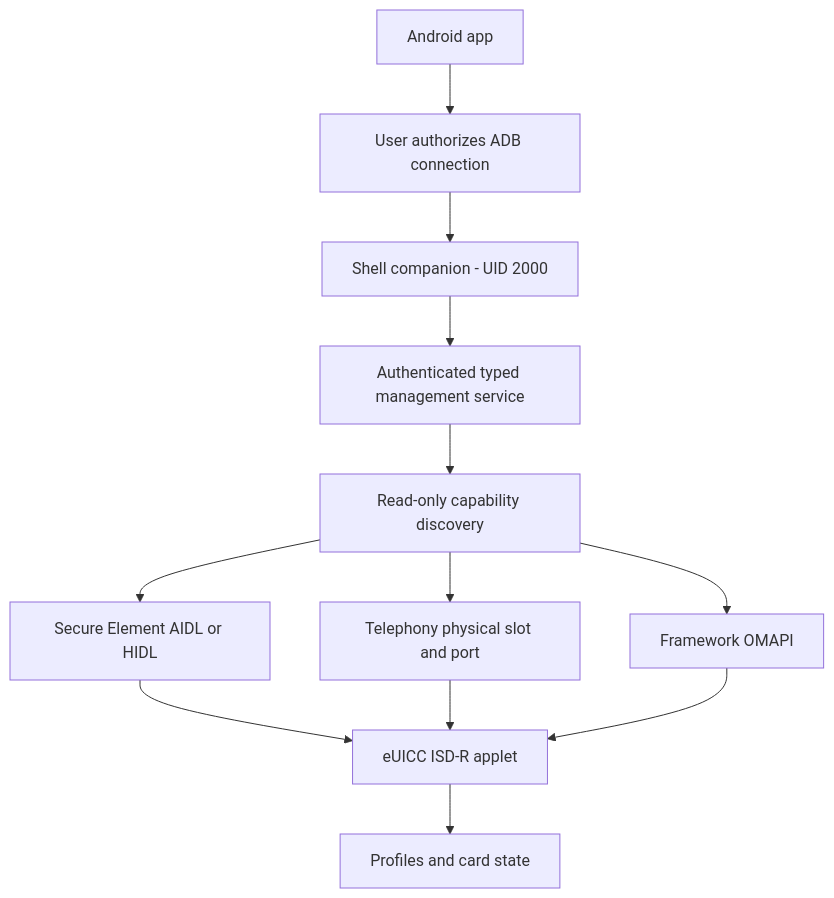
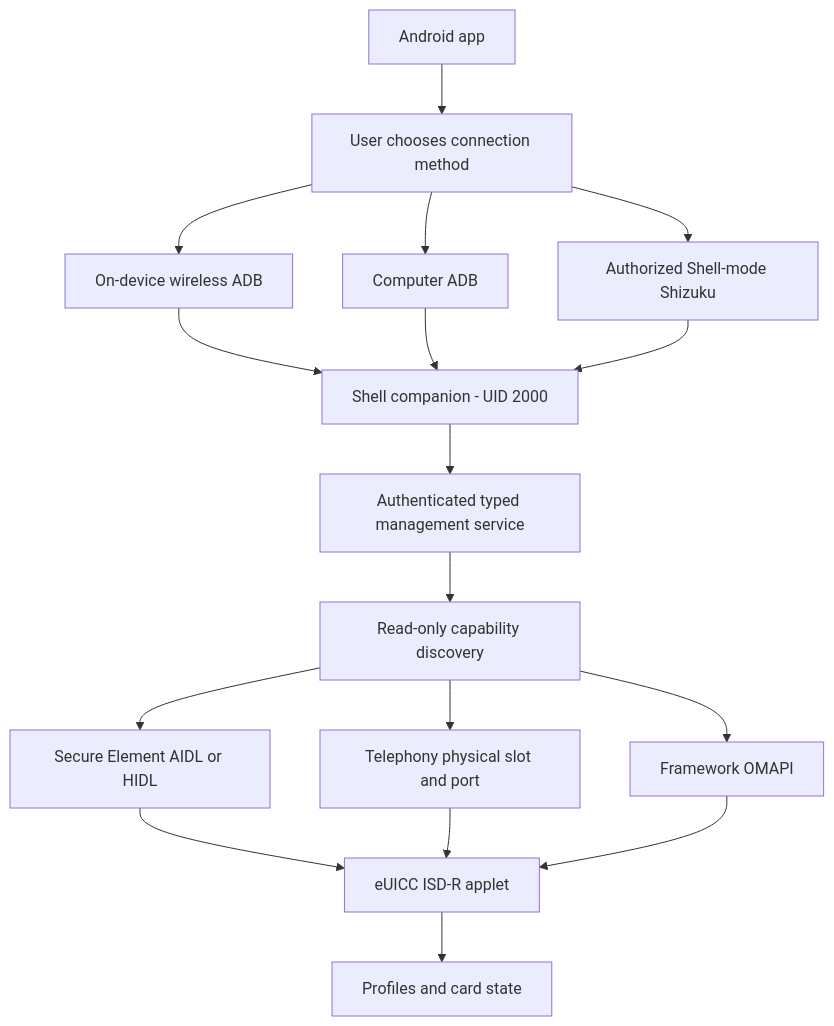
Before and after one commit to sidnvy/8bercue: the first of 2 diagrams in docs/ARCHITECTURE.md, drawn with Mermaid. The commit also changed other lines of this file and 11 other files, not shown here.

````diff
--- a/docs/ARCHITECTURE.md
+++ b/docs/ARCHITECTURE.md
@@ -9,14 +9,19 @@
 ```mermaid
 flowchart TD
-    UI[Android app] --> Consent[User authorizes ADB connection]
-    Consent --> Companion[Shell companion - UID 2000]
+    UI[Android app] --> Choice[User chooses connection method]
+    Choice --> Wireless[On-device wireless ADB]
+    Choice --> USB[Computer ADB]
+    Choice --> Shizuku[Authorized Shell-mode Shizuku]
+    Wireless --> Companion[Shell companion - UID 2000]
+    USB --> Companion
+    Shizuku --> Companion
     Companion --> Binder[Authenticated typed management service]
     Binder --> Discovery[Read-only capability discovery]
     Discovery --> HAL[Secure Element AIDL or HIDL]
     Discovery --> Phone[Telephony physical slot and port]
     Discovery --> OMAPI[Framework OMAPI]
     HAL --> ISDR[eUICC ISD-R applet]
     Phone --> ISDR
     OMAPI --> ISDR
     ISDR --> Profiles[Profiles and card state]
 ```
````
